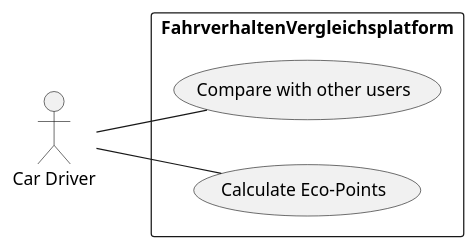
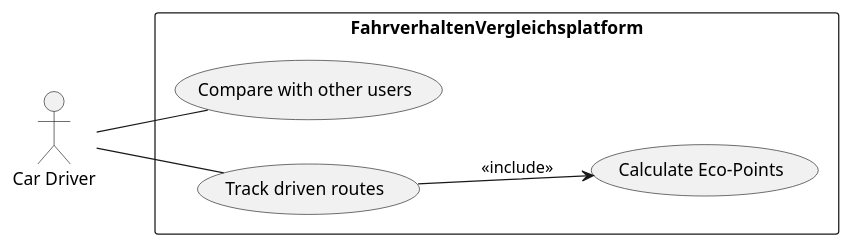
Before and after one commit to 2324-4bhif-syp/2324-4bhif-syp-project-ecopoints: the diagram in asciidocs/plantuml/ucd.puml, drawn with PlantUML. The commit also changed 5 other files, not shown here.

```diff
--- a/asciidocs/plantuml/ucd.puml
+++ b/asciidocs/plantuml/ucd.puml
@@ -1,10 +1,13 @@
 @startuml
 left to right direction
 actor "Car Driver" as cd
 rectangle FahrverhaltenVergleichsplatform {
-  usecase "Compare with other users" as UC1
-  usecase "Calculate Eco-Points" as UC2
+  usecase "Compare with other users" as compareUsers
+  usecase "Calculate Eco-Points" as calculateEcoPoints
+  usecase "Track driven routes" as trackRoutes
 }
-cd -- UC1
-cd -- UC2
+cd -- compareUsers
+cd -- trackRoutes
+
+trackRoutes --> calculateEcoPoints : <<include>>
 @enduml
```
